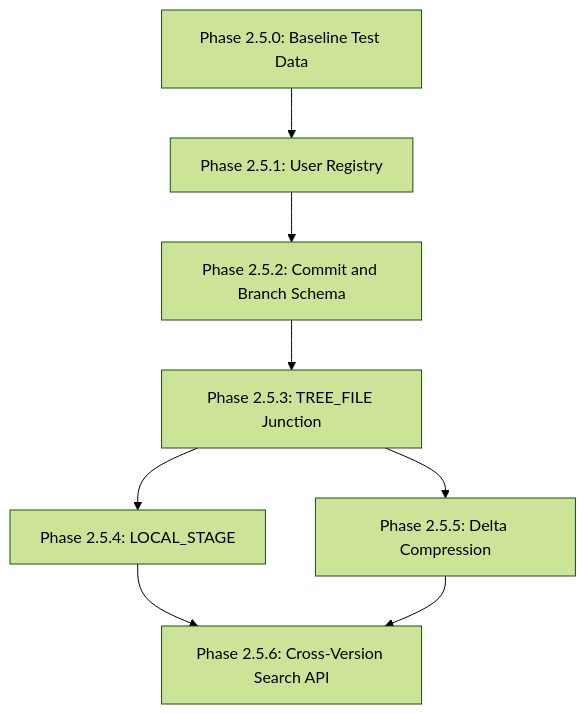
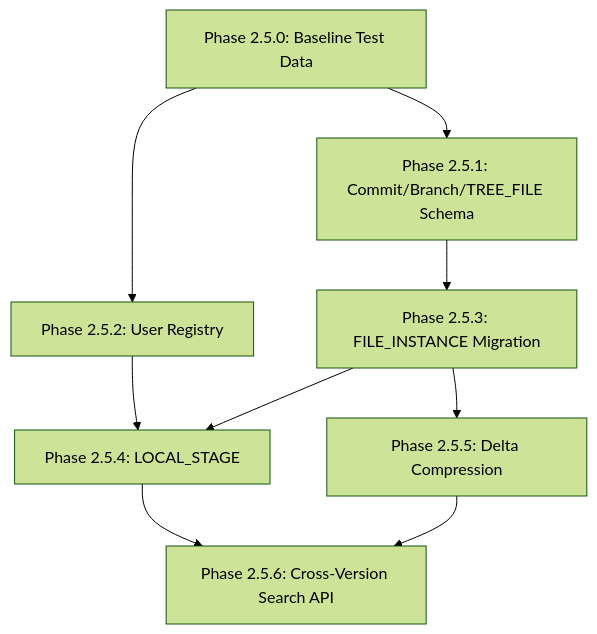
Before and after one commit to ncsaba/Axon.MCP.Server: the second of 2 diagrams in docs/architecture/multi_branch_tracking_implementation_plan.md, drawn with Mermaid (forest theme). The commit also changed other lines of this file and 1 other file, not shown here.

Commit message:
docs: renumber Phase 2.5 to match implementation and add status markers

````diff
--- a/docs/architecture/multi_branch_tracking_implementation_plan.md
+++ b/docs/architecture/multi_branch_tracking_implementation_plan.md
@@ -518,10 +536,11 @@
 ```mermaid
 graph TD
-    A0[Phase 2.5.0: Baseline Test Data] --> A[Phase 2.5.1: User Registry]
-    A --> B[Phase 2.5.2: Commit and Branch Schema]
-    B --> C[Phase 2.5.3: TREE_FILE Junction]
-    C --> D[Phase 2.5.4: LOCAL_STAGE]
+    A0[Phase 2.5.0: Baseline Test Data] --> B[Phase 2.5.1: Commit/Branch/TREE_FILE Schema]
+    A0 --> A[Phase 2.5.2: User Registry]
+    B --> C[Phase 2.5.3: FILE_INSTANCE Migration]
+    A --> D[Phase 2.5.4: LOCAL_STAGE]
+    C --> D
     C --> E[Phase 2.5.5: Delta Compression]
     D --> F[Phase 2.5.6: Cross-Version Search API]
     E --> F
 ```
````
